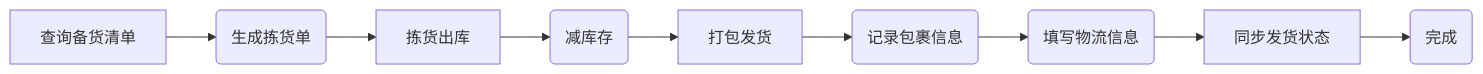
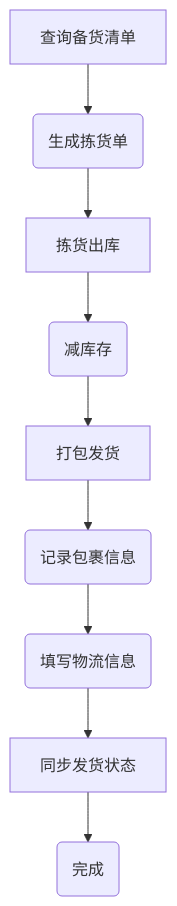
The third of 3 diagrams in README.md (zeasin/qihangerp), drawn with Mermaid before and after one commit.

Commit message:
更新发货流程说明

````diff
--- a/README.md
+++ b/README.md
@@ -69,12 +69,12 @@
 ```mermaid
-graph LR
+graph TD
 A[查询备货清单] -->B(生成拣货单)
     B --> C[拣货出库]
     C --> E(减库存)
     E --> F[打包发货]
     F --> F1(记录包裹信息)
     F1 --> G(填写物流信息)
     G --> G1[同步发货状态]
     G1 --> H(完成)
 
 ```
````
